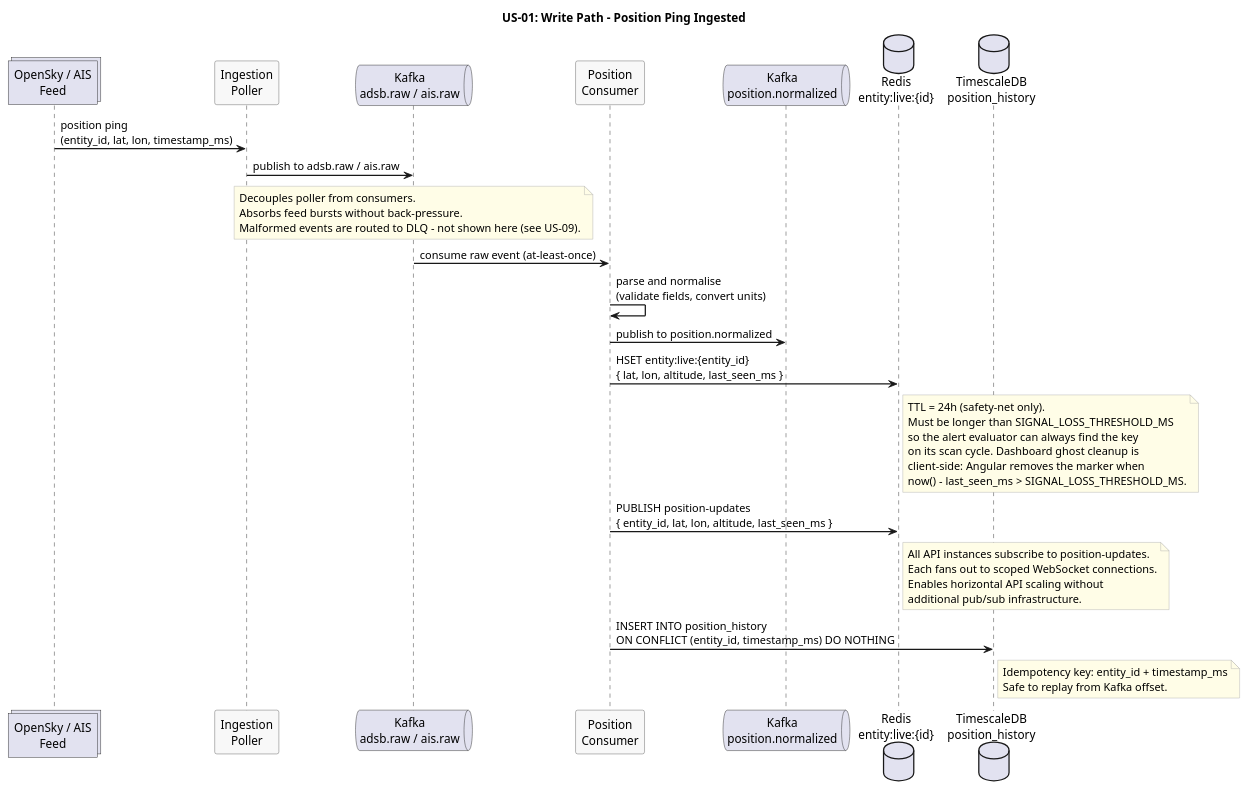
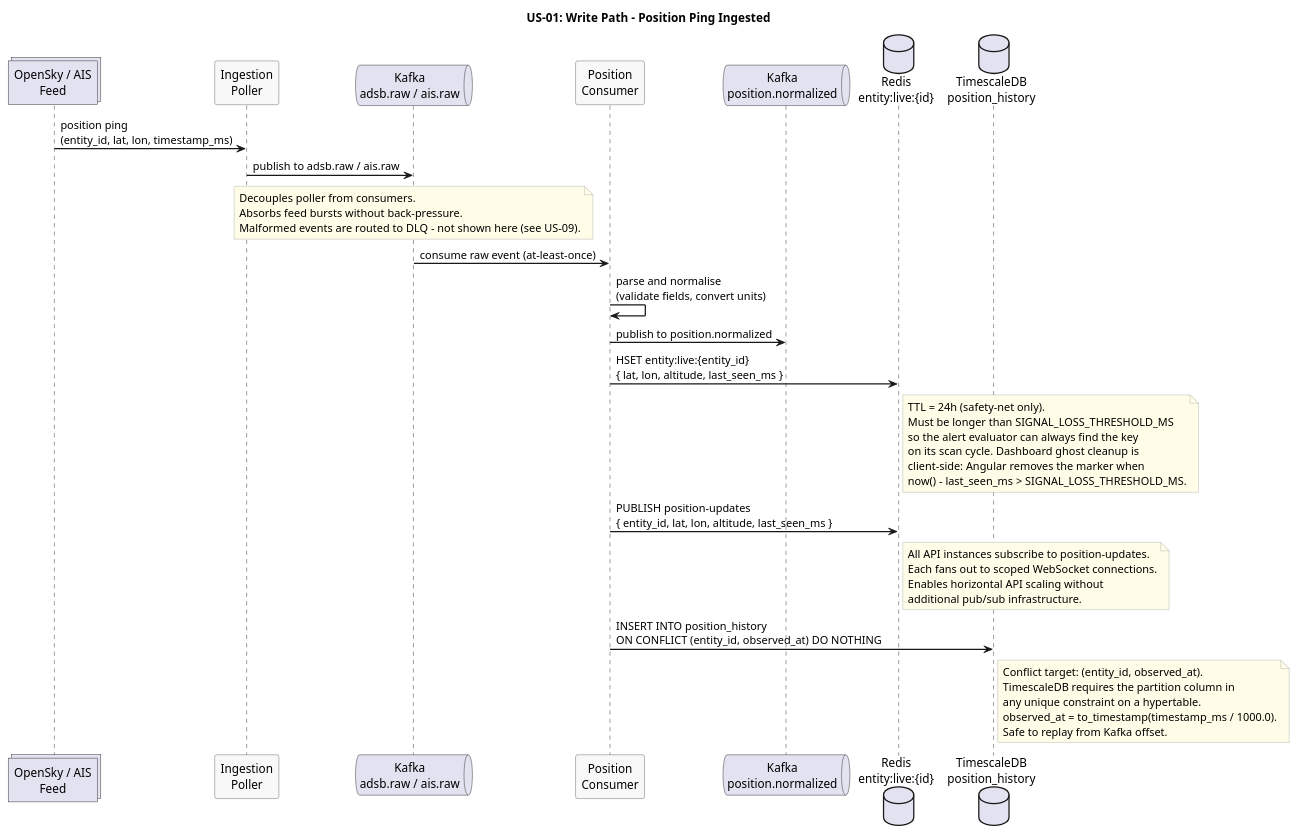
One commit to Buffden/sentinel changed the diagram in docs/use-cases/US-01-live-entity-tracking/write-path.puml. Above: the diagram before and after it, drawn with PlantUML. The commit also changed 9 other files, not shown here.

First line of the commit message:
use-cases: update all diagrams and docs for 14-issue correctness sweep

```diff
--- a/docs/use-cases/US-01-live-entity-tracking/write-path.puml
+++ b/docs/use-cases/US-01-live-entity-tracking/write-path.puml
@@ -1,58 +1,61 @@
 @startuml write-path
 title US-01: Write Path - Position Ping Ingested
 
 skinparam sequenceArrowThickness 1.5
 skinparam participantBorderColor #555555
 skinparam participantBackgroundColor #F8F8F8
 skinparam noteBorderColor #AAAAAA
 skinparam noteBackgroundColor #FFFDE7
 
 collections "OpenSky / AIS\nFeed" as Feed
 participant "Ingestion\nPoller" as Poller
 queue "Kafka\nadsb.raw / ais.raw" as KafkaRaw
 participant "Position\nConsumer" as Consumer
 queue "Kafka\nposition.normalized" as KafkaNorm
 database "Redis\nentity:live:{id}" as Redis
 database "TimescaleDB\nposition_history" as TSDB
 
 Feed -> Poller : position ping\n(entity_id, lat, lon, timestamp_ms)
 Poller -> KafkaRaw : publish to adsb.raw / ais.raw
 
 note over KafkaRaw
   Decouples poller from consumers.
   Absorbs feed bursts without back-pressure.
   Malformed events are routed to DLQ - not shown here (see US-09).
 end note
 
 KafkaRaw -> Consumer : consume raw event (at-least-once)
 Consumer -> Consumer : parse and normalise\n(validate fields, convert units)
 Consumer -> KafkaNorm : publish to position.normalized
 
 Consumer -> Redis : HSET entity:live:{entity_id}\n{ lat, lon, altitude, last_seen_ms }
 
 note right of Redis
   TTL = 24h (safety-net only).
   Must be longer than SIGNAL_LOSS_THRESHOLD_MS
   so the alert evaluator can always find the key
   on its scan cycle. Dashboard ghost cleanup is
   client-side: Angular removes the marker when
   now() - last_seen_ms > SIGNAL_LOSS_THRESHOLD_MS.
 end note
 
 Consumer -> Redis : PUBLISH position-updates\n{ entity_id, lat, lon, altitude, last_seen_ms }
 
 note right of Redis
   All API instances subscribe to position-updates.
   Each fans out to scoped WebSocket connections.
   Enables horizontal API scaling without
   additional pub/sub infrastructure.
 end note
 
-Consumer -> TSDB : INSERT INTO position_history\nON CONFLICT (entity_id, timestamp_ms) DO NOTHING
+Consumer -> TSDB : INSERT INTO position_history\nON CONFLICT (entity_id, observed_at) DO NOTHING
 
 note right of TSDB
-  Idempotency key: entity_id + timestamp_ms
+  Conflict target: (entity_id, observed_at).
+  TimescaleDB requires the partition column in
+  any unique constraint on a hypertable.
+  observed_at = to_timestamp(timestamp_ms / 1000.0).
   Safe to replay from Kafka offset.
 end note
 
 @enduml
```
